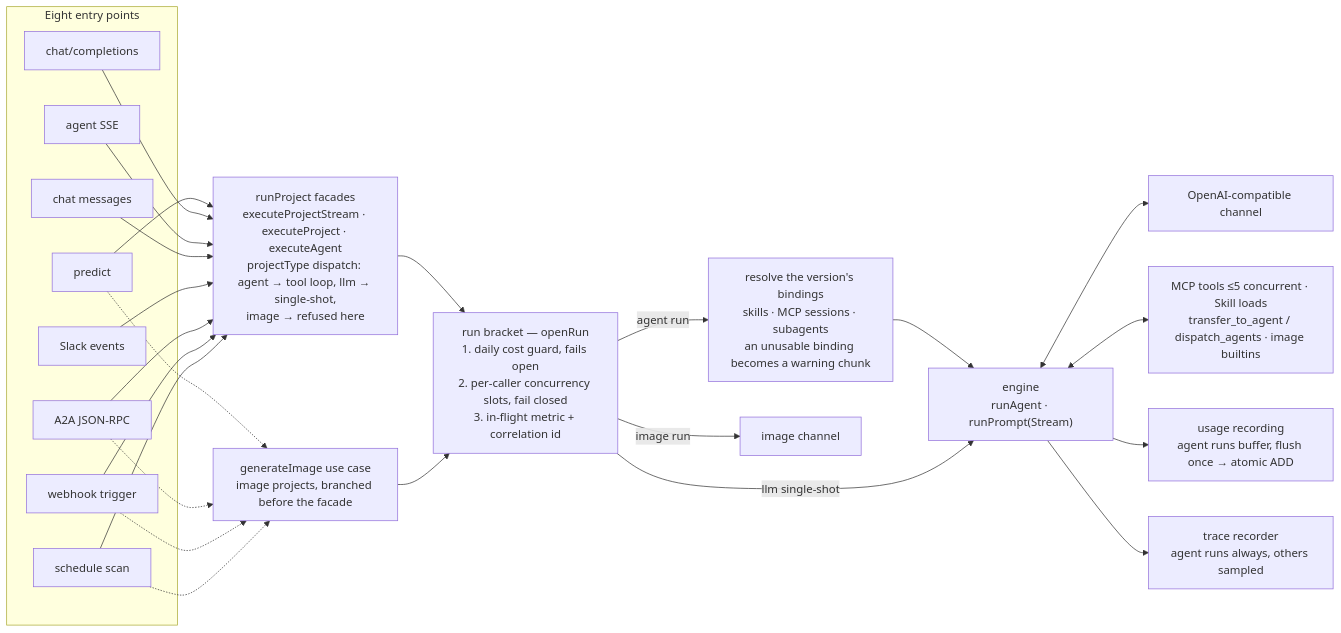
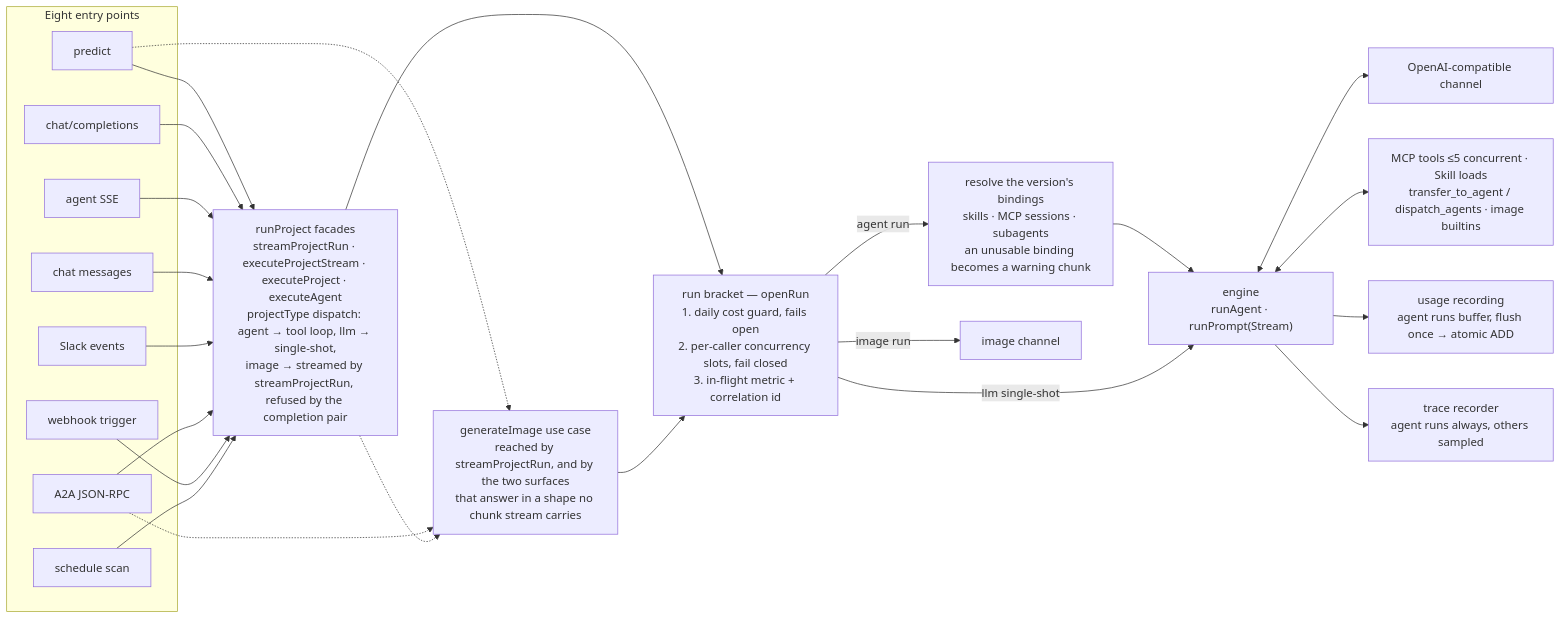
The second of 5 diagrams in docs/ARCHITECTURE.md (opspresso/agent-studio), drawn with Mermaid before and after one commit. The commit also changed other lines of this file and 5 other files, not shown here.

````diff
--- a/docs/ARCHITECTURE.md
+++ b/docs/ARCHITECTURE.md
@@ -248,46 +248,45 @@
 ```mermaid
 flowchart LR
   subgraph surfaces["Eight entry points"]
     predict["predict"]
     cc["chat/completions"]
     agentsse["agent SSE"]
     chat["chat messages"]
     slack["Slack events"]
     a2a["A2A JSON-RPC"]
     webhook["webhook trigger"]
     schedule["schedule scan"]
   end
 
-  facade["runProject facades<br/>executeProjectStream · executeProject · executeAgent<br/>projectType dispatch: agent → tool loop, llm → single-shot,<br/>image → refused here"]
-  imageuc["generateImage use case<br/>image projects, branched before the facade"]
+  facade["runProject facades<br/>streamProjectRun · executeProjectStream · executeProject · executeAgent<br/>projectType dispatch: agent → tool loop, llm → single-shot,<br/>image → streamed by streamProjectRun, refused by the completion pair"]
+  imageuc["generateImage use case<br/>reached by streamProjectRun, and by the two surfaces<br/>that answer in a shape no chunk stream carries"]
   bracket["run bracket — openRun<br/>1. daily cost guard, fails open<br/>2. per-caller concurrency slots, fail closed<br/>3. in-flight metric + correlation id"]
   resolve["resolve the version's bindings<br/>skills · MCP sessions · subagents<br/>an unusable binding becomes a warning chunk"]
   engine["engine<br/>runAgent · runPrompt(Stream)"]
   channel["OpenAI-compatible channel"]
   imagechannel["image channel"]
   tools["MCP tools ≤5 concurrent · Skill loads<br/>transfer_to_agent / dispatch_agents · image builtins"]
   usage["usage recording<br/>agent runs buffer, flush once → atomic ADD"]
   trace["trace recorder<br/>agent runs always, others sampled"]
 
   predict --> facade
   cc --> facade
   agentsse --> facade
   chat --> facade
   slack --> facade
   a2a --> facade
   webhook --> facade
   schedule --> facade
   predict -.-> imageuc
   a2a -.-> imageuc
-  webhook -.-> imageuc
-  schedule -.-> imageuc
+  facade -.-> imageuc
   facade --> bracket
   imageuc --> bracket
   bracket -->|"agent run"| resolve --> engine
   bracket -->|"llm single-shot"| engine
   bracket -->|"image run"| imagechannel
   engine <--> channel
   engine <--> tools
   engine --> usage
   engine --> trace
 ```
````
